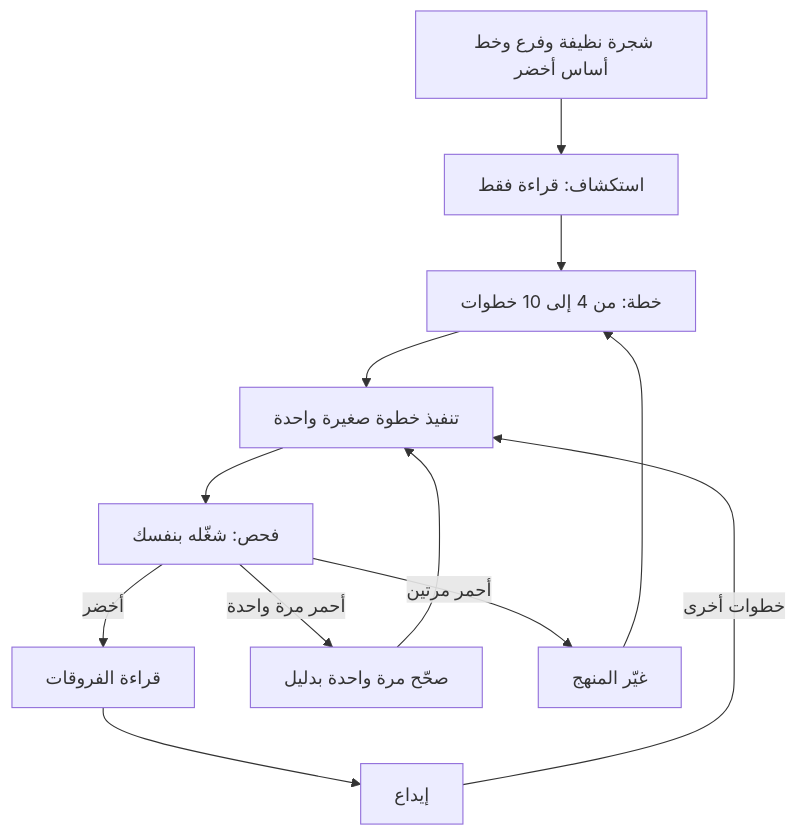
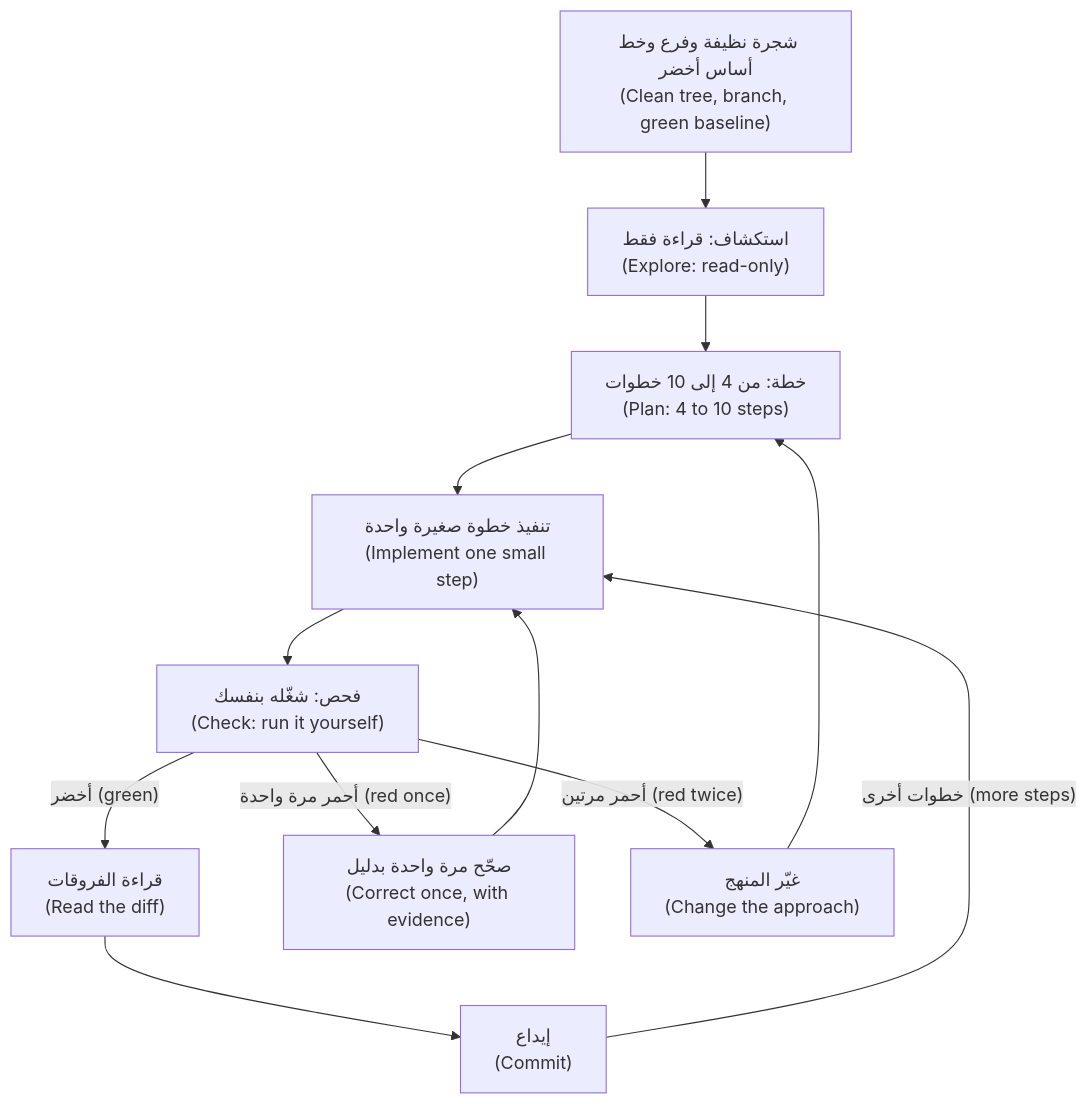
The diagram in ainative/modules/04-loop.ar.md (Tamoura/system-design-for-vibe-coders), drawn with Mermaid before and after one commit. The commit also changed 83 other files, not shown here.

First line of the commit message:
AI-native engineer course: Arabic diagrams right-to-left with English glosses

````diff
--- a/ainative/modules/04-loop.ar.md
+++ b/ainative/modules/04-loop.ar.md
@@ -31,14 +31,14 @@
 ```mermaid
 flowchart TD
-    A["شجرة نظيفة وفرع وخط أساس أخضر"] --> B["استكشاف: قراءة فقط"]
-    B --> C["خطة: من 4 إلى 10 خطوات"]
-    C --> D["تنفيذ خطوة صغيرة واحدة"]
-    D --> E["فحص: شغّله بنفسك"]
-    E -->|"أخضر"| F["قراءة الفروقات"]
-    F --> G["إيداع"]
-    G -->|"خطوات أخرى"| D
-    E -->|"أحمر مرة واحدة"| I["صحّح مرة واحدة بدليل"]
+    A["شجرة نظيفة وفرع وخط أساس أخضر<br/>(Clean tree, branch, green baseline)"] --> B["استكشاف: قراءة فقط<br/>(Explore: read-only)"]
+    B --> C["خطة: من 4 إلى 10 خطوات<br/>(Plan: 4 to 10 steps)"]
+    C --> D["تنفيذ خطوة صغيرة واحدة<br/>(Implement one small step)"]
+    D --> E["فحص: شغّله بنفسك<br/>(Check: run it yourself)"]
+    E -->|"أخضر (green)"| F["قراءة الفروقات<br/>(Read the diff)"]
+    F --> G["إيداع<br/>(Commit)"]
+    G -->|"خطوات أخرى (more steps)"| D
+    E -->|"أحمر مرة واحدة (red once)"| I["صحّح مرة واحدة بدليل<br/>(Correct once, with evidence)"]
     I --> D
-    E -->|"أحمر مرتين"| J["غيّر المنهج"]
+    E -->|"أحمر مرتين (red twice)"| J["غيّر المنهج<br/>(Change the approach)"]
     J --> C
 ```
````
